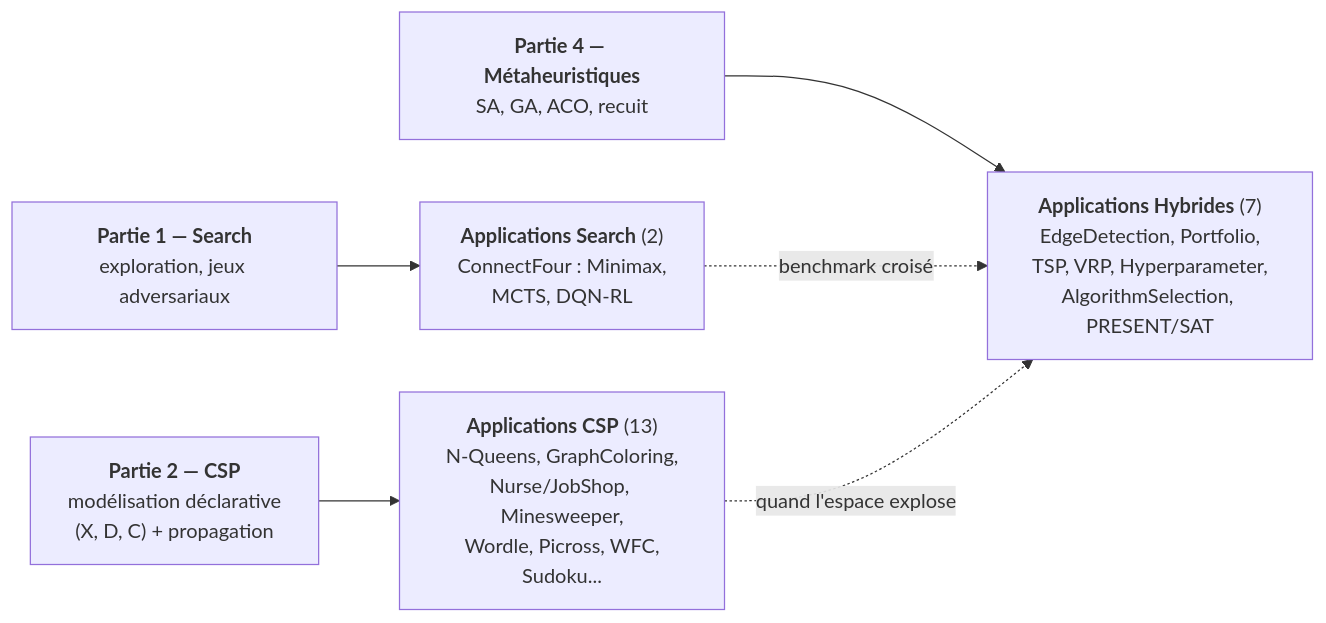
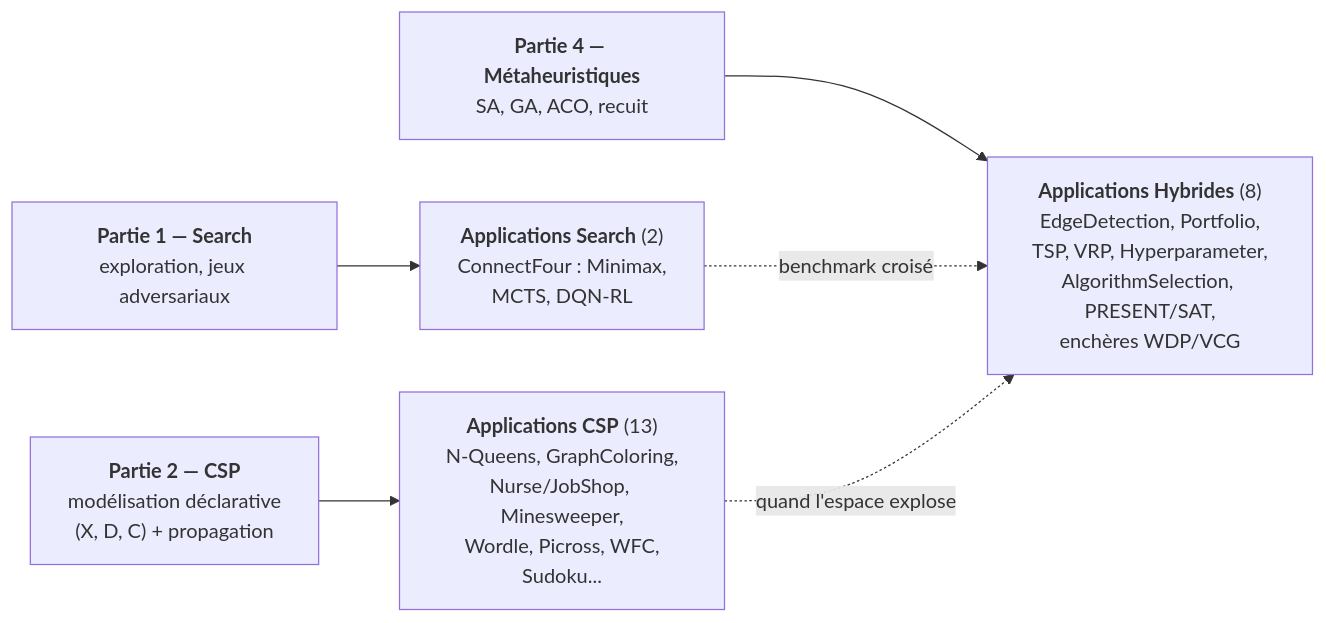
The diagram in MyIA.AI.Notebooks/Search/Applications/README.md (jsboige/CoursIA), drawn with Mermaid before and after one commit. The commit also changed other lines of this file and 8 other files, not shown here.

````diff
--- a/MyIA.AI.Notebooks/Search/Applications/README.md
+++ b/MyIA.AI.Notebooks/Search/Applications/README.md
@@ -38,14 +38,14 @@
 ```mermaid
 flowchart LR
     P1["<b>Partie 1 — Search</b><br/>exploration, jeux adversariaux"]
     P2["<b>Partie 2 — CSP</b><br/>modélisation déclarative<br/>(X, D, C) + propagation"]
     P4["<b>Partie 4 — Métaheuristiques</b><br/>SA, GA, ACO, recuit"]
     S["<b>Applications Search</b> (2)<br/>ConnectFour : Minimax,<br/>MCTS, DQN-RL"]
     C["<b>Applications CSP</b> (13)<br/>N-Queens, GraphColoring,<br/>Nurse/JobShop, Minesweeper,<br/>Wordle, Picross, WFC,<br/>Sudoku..."]
-    H["<b>Applications Hybrides</b> (7)<br/>EdgeDetection, Portfolio,<br/>TSP, VRP, Hyperparameter,<br/>AlgorithmSelection, PRESENT/SAT"]
+    H["<b>Applications Hybrides</b> (8)<br/>EdgeDetection, Portfolio,<br/>TSP, VRP, Hyperparameter,<br/>AlgorithmSelection, PRESENT/SAT,<br/>enchères WDP/VCG"]
     P1 --> S
     P2 --> C
     P4 --> H
     S -.->|"benchmark croisé"| H
     C -.->|"quand l'espace explose"| H
 ```
````
